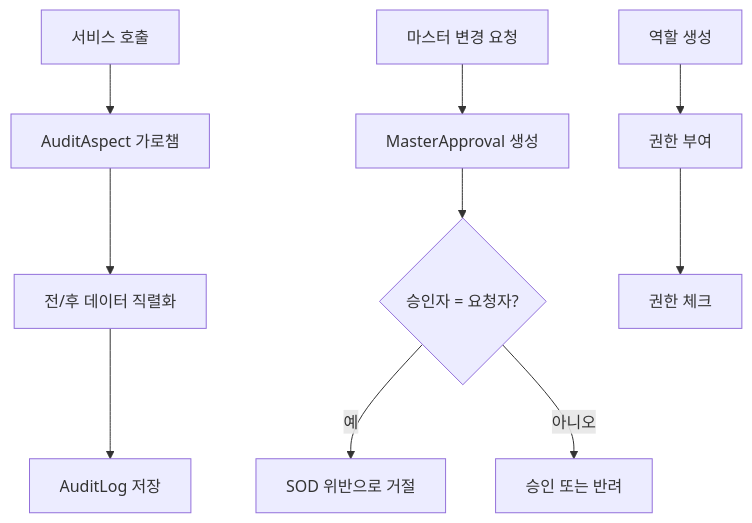
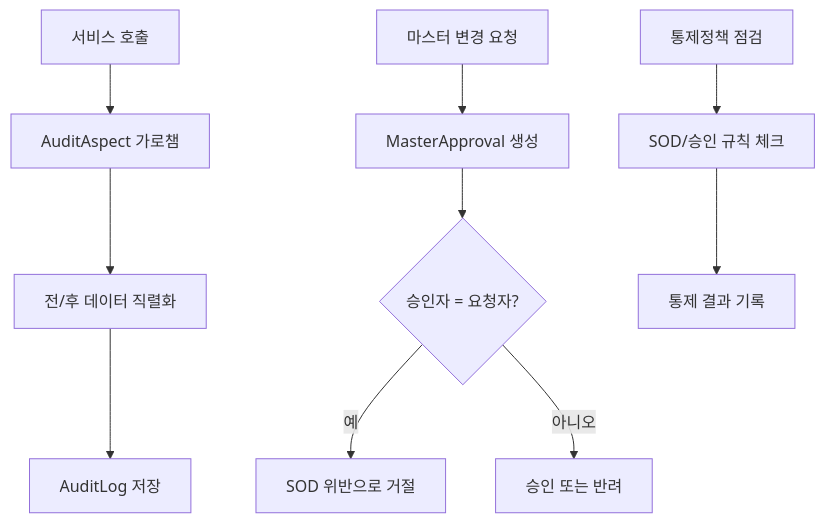
The first of 7 diagrams in governance/docs/process-flow.md (skyg547/account), drawn with Mermaid before and after one commit. The commit also changed other lines of this file and 14 other files, not shown here.

````diff
--- a/governance/docs/process-flow.md
+++ b/governance/docs/process-flow.md
@@ -5,14 +5,14 @@
 ```mermaid
 flowchart TD
     A[서비스 호출] --> B[AuditAspect 가로챔]
     B --> C[전/후 데이터 직렬화]
     C --> D[AuditLog 저장]
 
     E[마스터 변경 요청] --> F[MasterApproval 생성]
     F --> G{승인자 = 요청자?}
     G -- 예 --> H[SOD 위반으로 거절]
     G -- 아니오 --> I[승인 또는 반려]
 
-    J[역할 생성] --> K[권한 부여]
-    K --> L[권한 체크]
+    J[통제정책 점검] --> K[SOD/승인 규칙 체크]
+    K --> L[통제 결과 기록]
 ```
````
